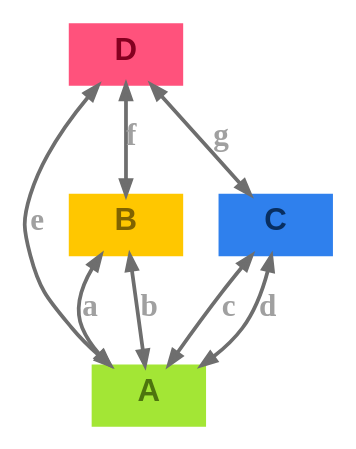
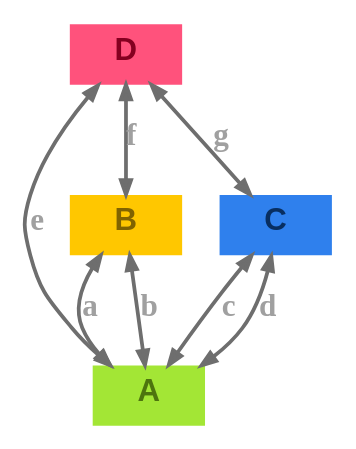
Before and after one commit to m-bock/purescript-transit: the diagram in renders/bridges-koenigsberg_graph-dark.dot, drawn with Graphviz. The commit also changed 33 other files, not shown here.

Commit message:
Update Graphviz rendering

```diff
--- a/renders/bridges-koenigsberg_graph-dark.dot
+++ b/renders/bridges-koenigsberg_graph-dark.dot
@@ -1,15 +1,15 @@
 digraph 
 {
 rankdir = "TD";fontname = "Arial";labelloc = "t";fontsize = 15.0;bgcolor = "#00000000";color = "#c8c8c8";fontcolor = "#c8c8c8";layout = "dot";rankdir = "TD"
-A [shape = "box", label = <<b>A</b>>, fontsize = 15.0, style = "filled", fillcolor = "#a3e635", fontcolor = "#4d740e", color = "#a3e635", fontname = "Arial", labelloc = "c", penwidth = 1.0, height = 0.4]
-B [shape = "box", label = <<b>B</b>>, fontsize = 15.0, style = "filled", fillcolor = "#ffc700", fontcolor = "#806300", color = "#ffc700", fontname = "Arial", labelloc = "c", penwidth = 1.0, height = 0.4]
+A [shape = "box", label = <<b>A</b>>, fontsize = 15.0, style = "filled", fillcolor = "#a3e635", fontcolor = "#4d740e", color = "#a3e635", fontname = "Arial", labelloc = "c", penwidth = 0.0, height = 0.4]
+B [shape = "box", label = <<b>B</b>>, fontsize = 15.0, style = "filled", fillcolor = "#ffc700", fontcolor = "#806300", color = "#ffc700", fontname = "Arial", labelloc = "c", penwidth = 0.0, height = 0.4]
 B -> A [color = "#6e6e6e", fontcolor = "#a0a0a0", fontsize = 15.0, label = <<b>a</b>>, arrowsize = "0.7", penwidth = 1.8, dir = "both"]
 B -> A [color = "#6e6e6e", fontcolor = "#a0a0a0", fontsize = 15.0, label = <<b>b</b>>, arrowsize = "0.7", penwidth = 1.8, dir = "both"]
-C [shape = "box", label = <<b>C</b>>, fontsize = 15.0, style = "filled", fillcolor = "#2f80ed", fontcolor = "#082e61", color = "#2f80ed", fontname = "Arial", labelloc = "c", penwidth = 1.0, height = 0.4]
+C [shape = "box", label = <<b>C</b>>, fontsize = 15.0, style = "filled", fillcolor = "#2f80ed", fontcolor = "#082e61", color = "#2f80ed", fontname = "Arial", labelloc = "c", penwidth = 0.0, height = 0.4]
 C -> A [color = "#6e6e6e", fontcolor = "#a0a0a0", fontsize = 15.0, label = <<b>c</b>>, arrowsize = "0.7", penwidth = 1.8, dir = "both"]
 C -> A [color = "#6e6e6e", fontcolor = "#a0a0a0", fontsize = 15.0, label = <<b>d</b>>, arrowsize = "0.7", penwidth = 1.8, dir = "both"]
-D [shape = "box", label = <<b>D</b>>, fontsize = 15.0, style = "filled", fillcolor = "#ff527c", fontcolor = "#850020", color = "#ff527c", fontname = "Arial", labelloc = "c", penwidth = 1.0, height = 0.4]
+D [shape = "box", label = <<b>D</b>>, fontsize = 15.0, style = "filled", fillcolor = "#ff527c", fontcolor = "#850020", color = "#ff527c", fontname = "Arial", labelloc = "c", penwidth = 0.0, height = 0.4]
 D -> A [color = "#6e6e6e", fontcolor = "#a0a0a0", fontsize = 15.0, label = <<b>e</b>>, arrowsize = "0.7", penwidth = 1.8, dir = "both"]
 D -> B [color = "#6e6e6e", fontcolor = "#a0a0a0", fontsize = 15.0, label = <<b>f</b>>, arrowsize = "0.7", penwidth = 1.8, dir = "both"]
 D -> C [color = "#6e6e6e", fontcolor = "#a0a0a0", fontsize = 15.0, label = <<b>g</b>>, arrowsize = "0.7", penwidth = 1.8, dir = "both"]
 }
```
